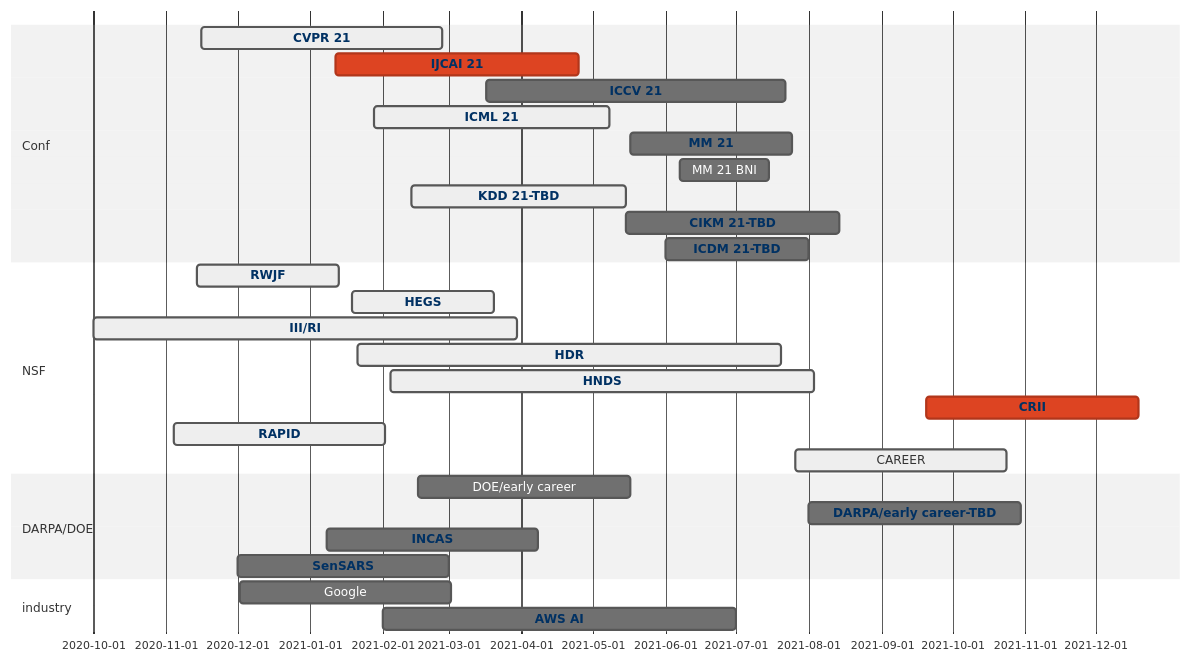
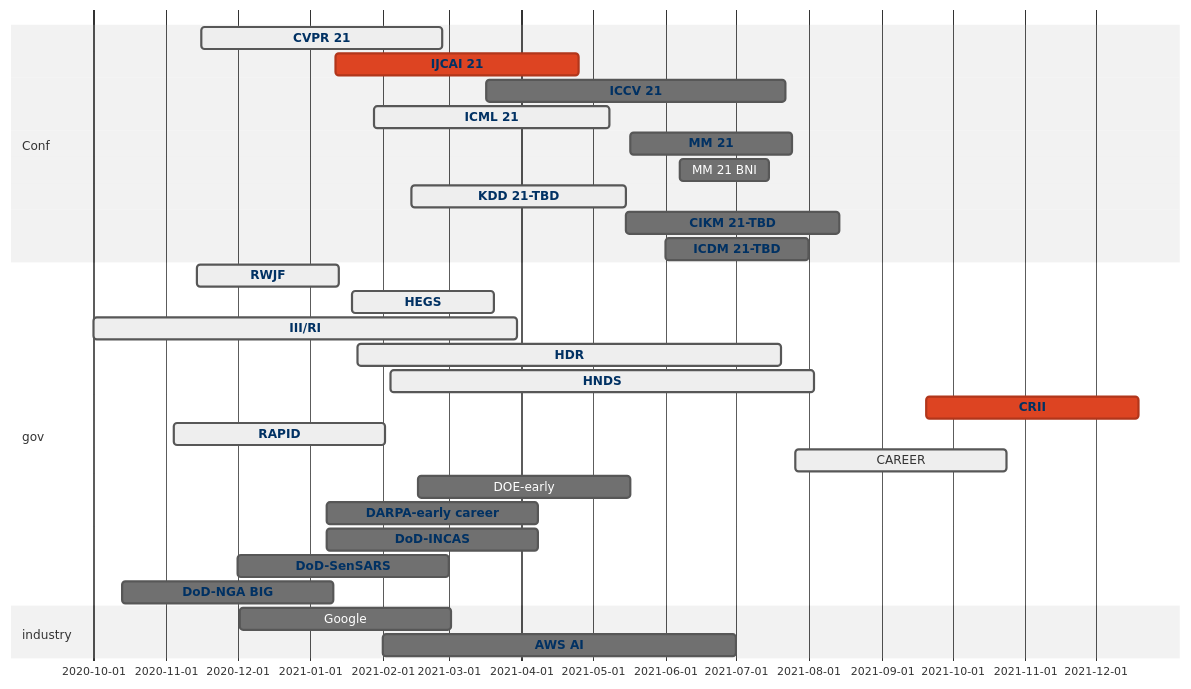
One commit to aquastar/academic-kickstart changed the diagram in content/post/conf/index.md. Above: the diagram before and after it, drawn with Mermaid (neutral theme). The commit also changed other lines of this file, not shown here.

````diff
--- a/content/post/conf/index.md
+++ b/content/post/conf/index.md
@@ -16,53 +16,54 @@
 ```mermaid
 gantt
   dateFormat  MM/DD/YY
   section Conf
     CVPR 21 :active, cvpr, 11/16/20, 02/26/21
     IJCAI 21 :crit, ijcai, 01/12/21, 04/25/21
     ICCV 21 :iccv, 03/17/21, 07/22/21
     ICML 21:active, icml, 01/28/21, 05/08/21
     MM 21:mm, 05/17/21, 07/25/21
     MM 21 BNI:mmbni, 06/07/21, 07/15/21
     KDD 21-TBD:active, kdd, 02/13/21, 05/15/21
     CIKM 21-TBD:cikm, 05/15/21, 08/14/21
     ICDM 21-TBD:icdm, 06/01/21, 08/01/21
-  section NSF
+  section gov
     RWJF :active, rwjf, 11/14/20, 60d
     HEGS: active, hegs, 01/19/21, 60d
     III/RI: active, iis, 10/01/20, 180d
     HDR :active, hdr, 01/21/21, 180d
     HNDS :active, hnds, 02/04/21, 180d
     CRII :crit, crii, 09/20/21, 90d 
     RAPID:active, rapid, 11/04/20, 90d
     CAREER:active, career, 07/26/21, 90d
-  section DARPA/DOE
-    DOE/early career: doe, 02/16/21, 90d 
-    DARPA/early career-TBD: darpa, 08/01/21, 90d
-    INCAS: incas, 01/08/21, 90d
-    SenSARS: sensars, 12/01/20, 90d
+    DOE-early: doe, 02/16/21, 90d 
+    DARPA-early career: darpa, 01/08/21, 90d
+    DoD-INCAS: incas, 01/08/21, 90d
+    DoD-SenSARS: sensars, 12/01/20, 90d
+    DoD-NGA BIG:nga, 10/13/20, 90d
   section industry
     Google: google, 12/02/20, 90d
     AWS AI: aws, 02/01/21, 07/01/21
 
+  click nga href "https://beta.sam.gov/opp/3c218648f9f04658840e478a7f1048e1/view?keywords=HM0476-20-BAA-0001&sort=-relevance&index=&is_active=true&page=1"
   click sensars href "https://beta.sam.gov/opp/a84f1af107334afcbf39d885d8f668a3/view"
   click aws href "https://www.amazon.science/research-awards/call-for-proposals/aws-ai"
   click incas href "https://beta.sam.gov/opp/6bbca26d91df4eff96b4edfa2386c35f/view?keywords=incas&sort=-relevance&index=&is_active=true&page=1"
   click darpa href "https://www.darpa.mil/work-with-us/for-universities/young-faculty-award"
   click deo href "https://www.grants.gov/web/grants/search-grants.html"
   click cvpr href "http://cvpr2021.thecvf.com/"
   click iccv href "http://iccv2021.thecvf.com/"
   click icml href "https://icml.cc/Conferences/2021"
   click ijcai href "http://www.ijcai-21.org/"
   click kdd href "http://www.kdd.org/kdd2021"
   click www href "https://www2021.thewebconf.org/"
   click cikm href "https://www.cikm2021.org/"
   click icdm href "http://icdm2021.bigke.org"
   click mm href "https://2020.acmmm.org/index.html"
   click crii href "https://www.nsf.gov/funding/pgm_summ.jsp?pims_id=504952"
   click hdr href "https://www.nsf.gov/funding/pgm_summ.jsp?pims_id=505828&org=NSF&sel_org=CISE&from=fund"
   click hnds href "https://www.nsf.gov/funding/pgm_summ.jsp?pims_id=505702"
   click rwjf href "https://anr.rwjf.org/viewCfp.do?cfpId=1509&cfpOverviewId="
   click iis href "https://www.nsf.gov/funding/pgm_summ.jsp?pims_id=505667&org=NSF"
   click hegs href "https://www.nsf.gov/funding/pgm_summ.jsp?pims_id=505745&org=NSF&sel_org=NSF&from=fund"
   click rapid href "https://www.nsf.gov/news/special_reports/coronavirus/"
 ```
````
